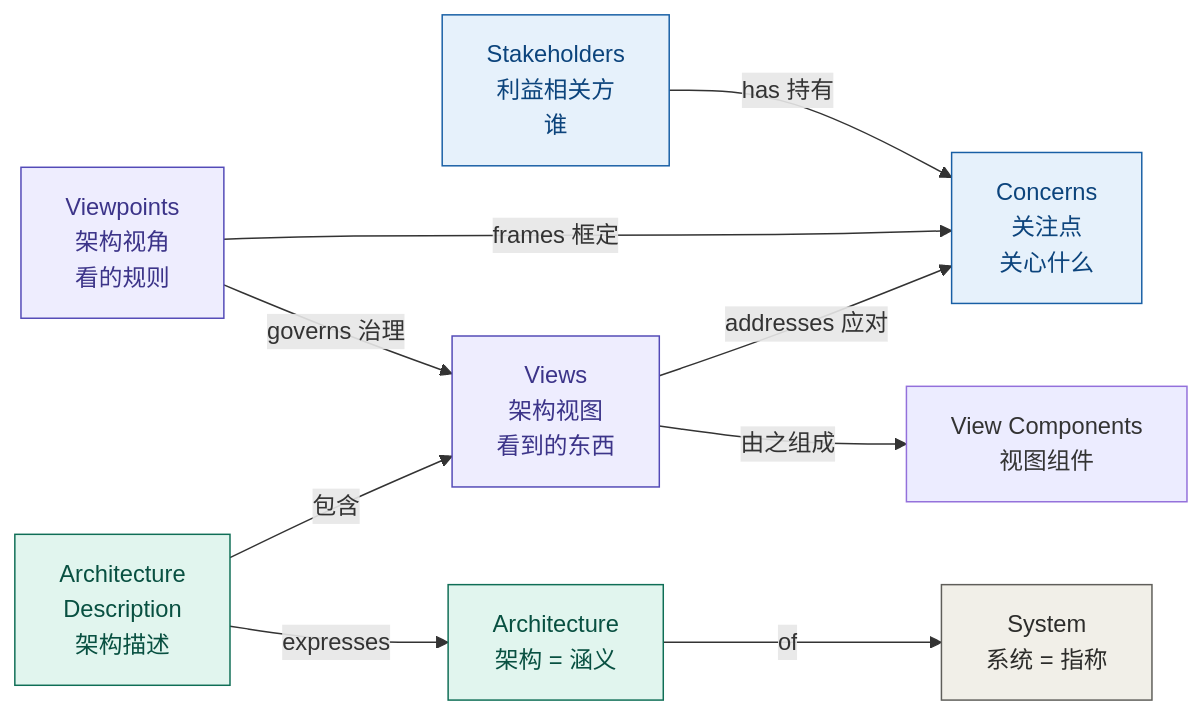
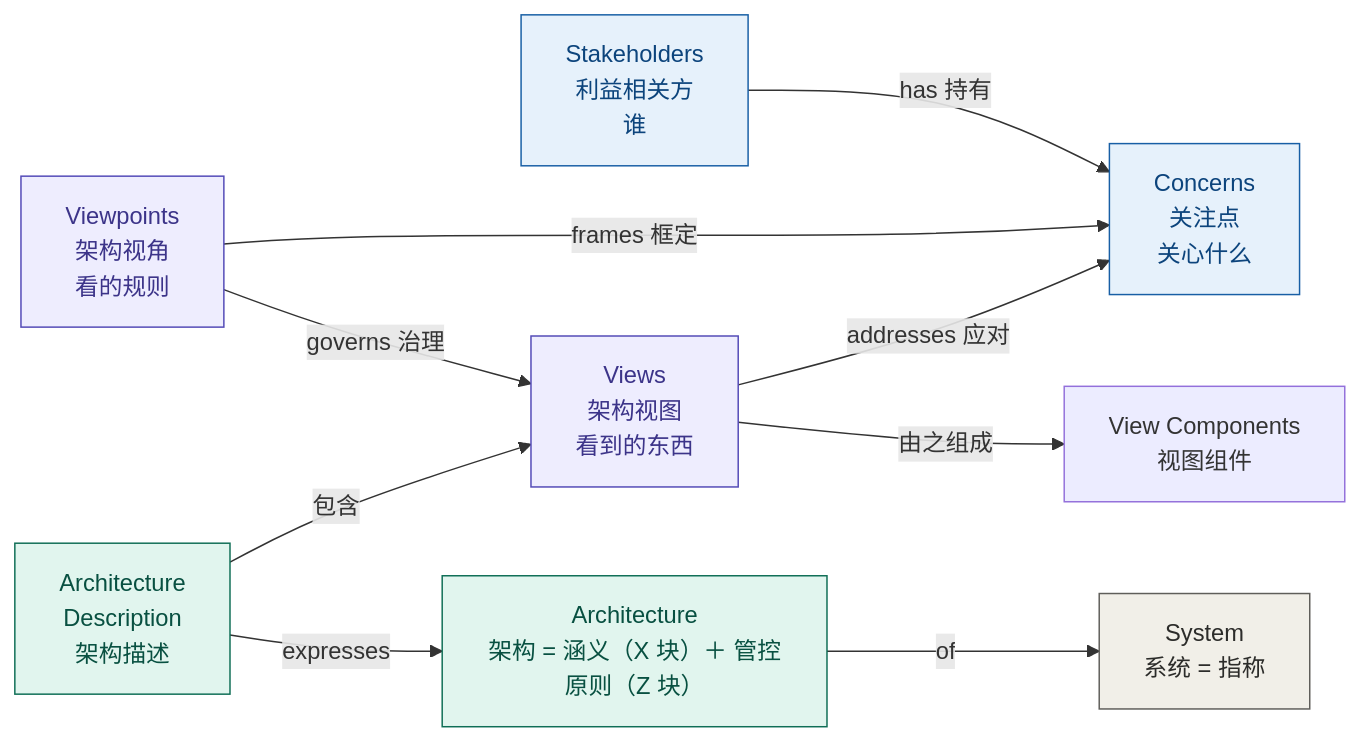
One commit to Yongjunzhou/AOS-system-design changed diagram 19 of 24 in 100-subprojects/01-系统工程研究/00-系统工程相关研究报告/07-架构概念研究报告-从概念设计到架构.md. Above: the diagram before and after it, drawn with Mermaid. The commit also changed other lines of this file and 45 other files, not shown here.

````diff
--- a/100-subprojects/01-系统工程研究/00-系统工程相关研究报告/07-架构概念研究报告-从概念设计到架构.md
+++ b/100-subprojects/01-系统工程研究/00-系统工程相关研究报告/07-架构概念研究报告-从概念设计到架构.md
@@ -902,18 +904,18 @@
 ```mermaid
 flowchart LR
     A["Stakeholders<br/>利益相关方<br/>谁"] -->|"has 持有"| B["Concerns<br/>关注点<br/>关心什么"]
     C["Viewpoints<br/>架构视角<br/>看的规则"] -->|"frames 框定"| B
     C -->|"governs 治理"| D["Views<br/>架构视图<br/>看到的东西"]
     D -->|"addresses 应对"| B
     D -->|"由之组成"| H["View Components<br/>视图组件"]
     E["Architecture<br/>Description<br/>架构描述"] -->|"包含"| D
-    E -->|"expresses"| F["Architecture<br/>架构 = 涵义"]
+    E -->|"expresses"| F["Architecture<br/>架构 = 涵义（X 块）＋ 管控原则（Z 块）"]
     F -->|"of"| G["System<br/>系统 = 指称"]
     style A fill:#E6F1FB,stroke:#185FA5,color:#0C447C
     style B fill:#E6F1FB,stroke:#185FA5,color:#0C447C
     style C fill:#EEEDFE,stroke:#534AB7,color:#3C3489
     style D fill:#EEEDFE,stroke:#534AB7,color:#3C3489
     style E fill:#E1F5EE,stroke:#0F6E56,color:#085041
     style F fill:#E1F5EE,stroke:#0F6E56,color:#085041
     style G fill:#F1EFE8,stroke:#5F5E5A,color:#2C2C2A
 ```
````
